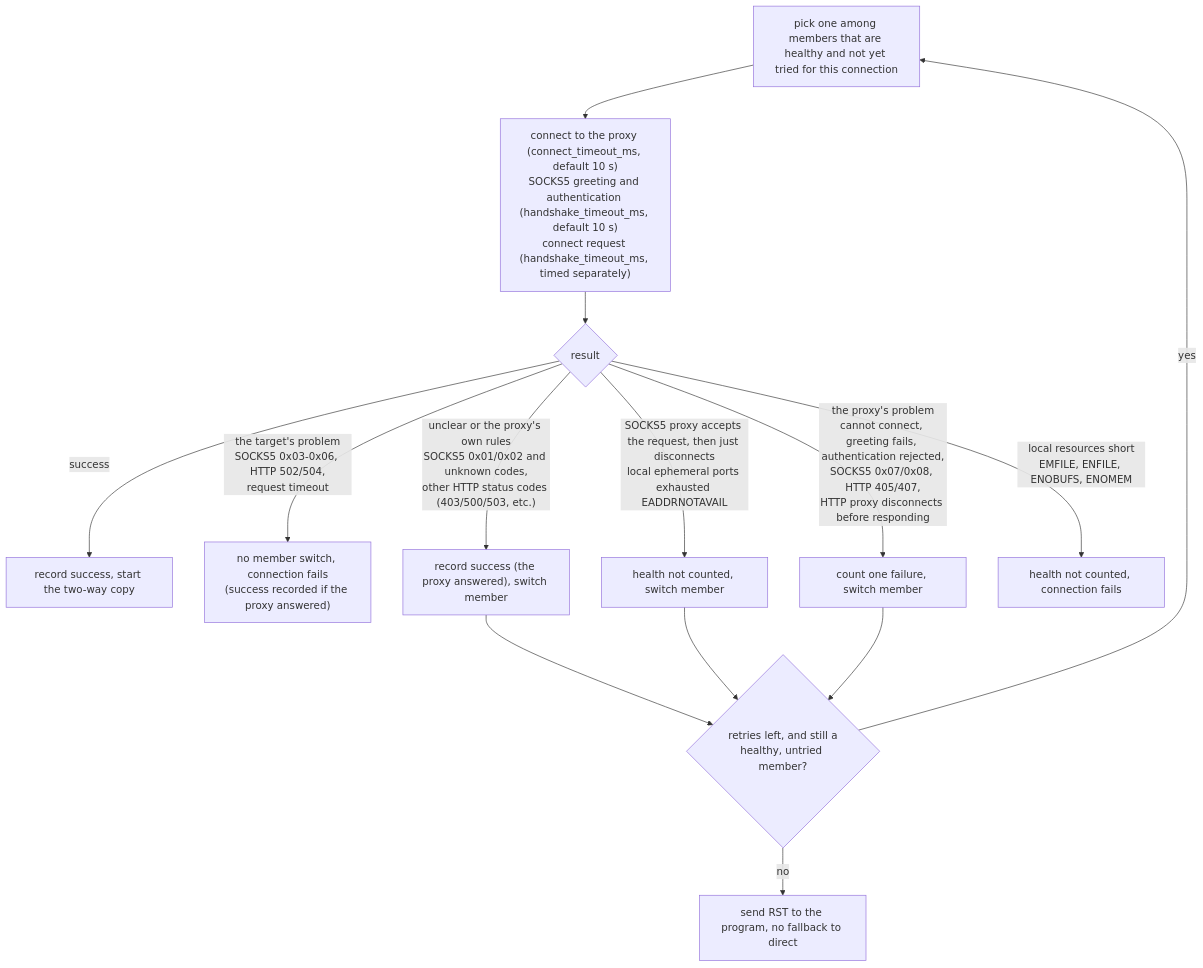
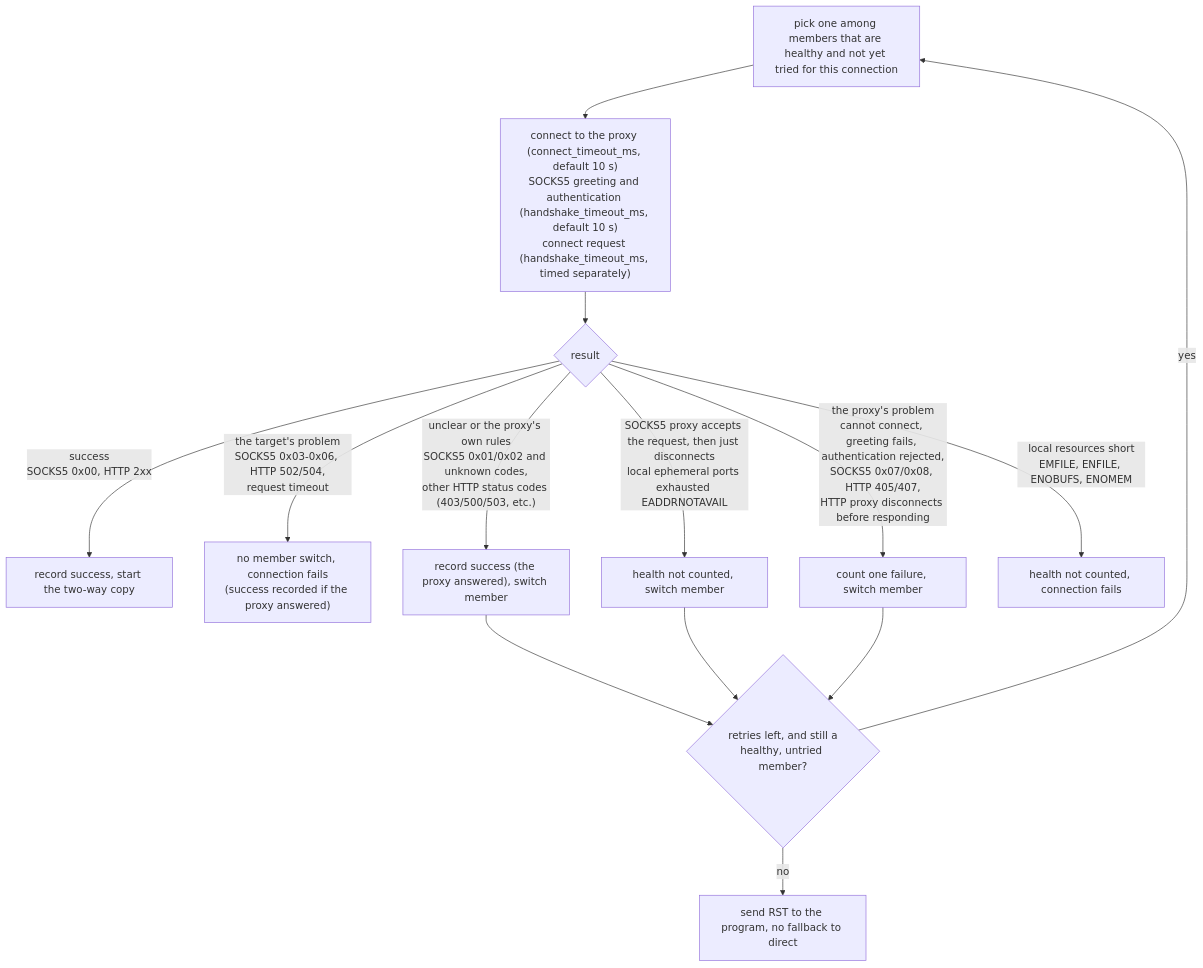
Before and after one commit to moonshawdo/proxytun: the first of 2 diagrams in docs/architecture/operations_en.md, drawn with Mermaid. The commit also changed 2 other files, not shown here.

Commit message:
HTTP CONNECT: any 2xx answer opens the tunnel, not only 200
RFC 9110 9.3.6 makes every 2xx a success; a proxy answering 201 or 204
was taken for a refusal. The failure-class diagram now names the success
codes (SOCKS5 0x00, HTTP 2xx).

Gate: new test failed before (201/299 refused) and passes; full suites
below.

````diff
--- a/docs/architecture/operations_en.md
+++ b/docs/architecture/operations_en.md
@@ -20,16 +20,16 @@
 ```mermaid
 flowchart TD
     SEL["pick one among members that are healthy and not yet tried for this connection"] --> D["connect to the proxy (connect_timeout_ms, default 10 s)<br/>SOCKS5 greeting and authentication (handshake_timeout_ms, default 10 s)<br/>connect request (handshake_timeout_ms, timed separately)"]
     D --> RES{"result"}
-    RES -- "success" --> OK["record success, start the two-way copy"]
+    RES -- "success<br/>SOCKS5 0x00, HTTP 2xx" --> OK["record success, start the two-way copy"]
     RES -- "the target's problem<br/>SOCKS5 0x03-0x06, HTTP 502/504,<br/>request timeout" --> TGT["no member switch, connection fails<br/>(success recorded if the proxy answered)"]
     RES -- "unclear or the proxy's own rules<br/>SOCKS5 0x01/0x02 and unknown codes,<br/>other HTTP status codes (403/500/503, etc.)" --> ANS["record success (the proxy answered), switch member"]
     RES -- "SOCKS5 proxy accepts the request, then just disconnects<br/>local ephemeral ports exhausted EADDRNOTAVAIL" --> ALT["health not counted, switch member"]
     RES -- "the proxy's problem<br/>cannot connect, greeting fails, authentication rejected,<br/>SOCKS5 0x07/0x08, HTTP 405/407,<br/>HTTP proxy disconnects before responding" --> BAD["count one failure, switch member"]
     RES -- "local resources short<br/>EMFILE, ENFILE, ENOBUFS, ENOMEM" --> LOC["health not counted, connection fails"]
     ANS --> MORE{"retries left, and still a<br/>healthy, untried member?"}
     ALT --> MORE
     BAD --> MORE
     MORE -- "yes" --> SEL
     MORE -- "no" --> FAIL["send RST to the program, no fallback to direct"]
 ```
````
